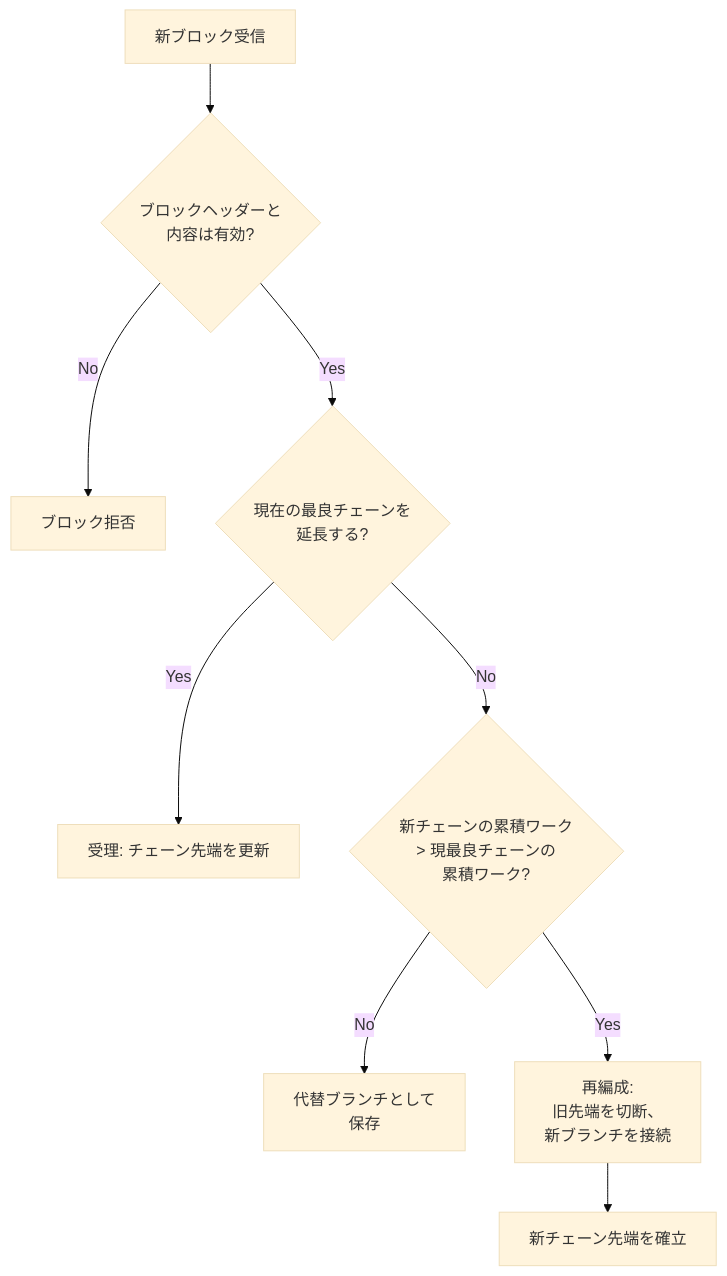
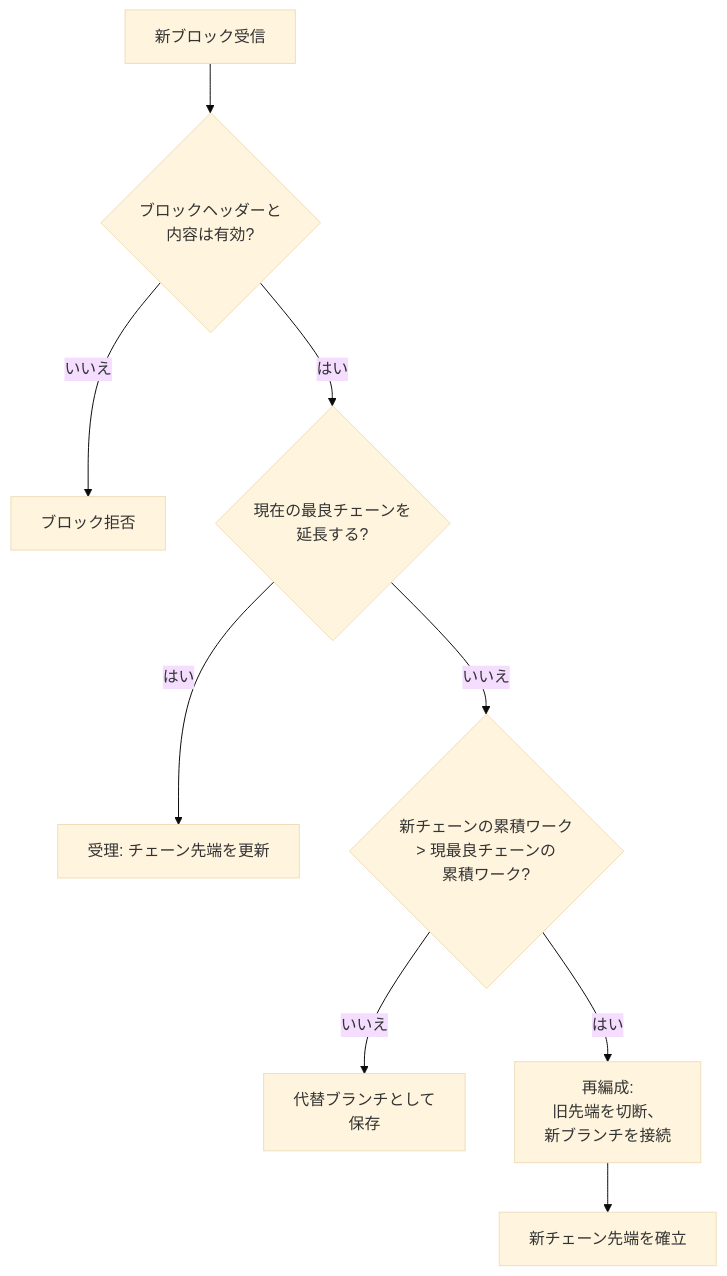
One commit to cypher256/BitcoinArchive changed the fourth of 4 diagrams in src/data/translations/ja/design/2009-01-03-bitcoin-block-chain-design.md. Above: the diagram before and after it, drawn with Mermaid (base theme). The commit also changed 7 other files, not shown here.

````diff
--- a/src/data/translations/ja/design/2009-01-03-bitcoin-block-chain-design.md
+++ b/src/data/translations/ja/design/2009-01-03-bitcoin-block-chain-design.md
@@ -177,11 +177,11 @@
 ```mermaid
 flowchart TD
     RECV["新ブロック受信"] --> VALID{"ブロックヘッダーと\n内容は有効?"}
-    VALID -- "No" --> REJECT["ブロック拒否"]
-    VALID -- "Yes" --> EXTENDS{"現在の最良チェーンを\n延長する?"}
-    EXTENDS -- "Yes" --> TIP["受理: チェーン先端を更新"]
-    EXTENDS -- "No" --> COMPARE{"新チェーンの累積ワーク\n> 現最良チェーンの\n累積ワーク?"}
-    COMPARE -- "No" --> STORE["代替ブランチとして\n保存"]
-    COMPARE -- "Yes" --> REORG["再編成:\n旧先端を切断、\n新ブランチを接続"]
+    VALID -- "いいえ" --> REJECT["ブロック拒否"]
+    VALID -- "はい" --> EXTENDS{"現在の最良チェーンを\n延長する?"}
+    EXTENDS -- "はい" --> TIP["受理: チェーン先端を更新"]
+    EXTENDS -- "いいえ" --> COMPARE{"新チェーンの累積ワーク\n> 現最良チェーンの\n累積ワーク?"}
+    COMPARE -- "いいえ" --> STORE["代替ブランチとして\n保存"]
+    COMPARE -- "はい" --> REORG["再編成:\n旧先端を切断、\n新ブランチを接続"]
     REORG --> TIP2["新チェーン先端を確立"]
 ```
````
